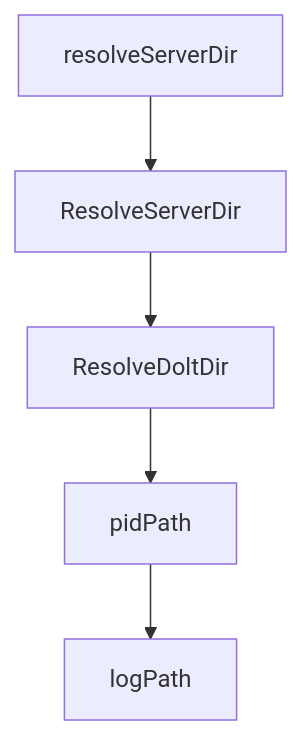
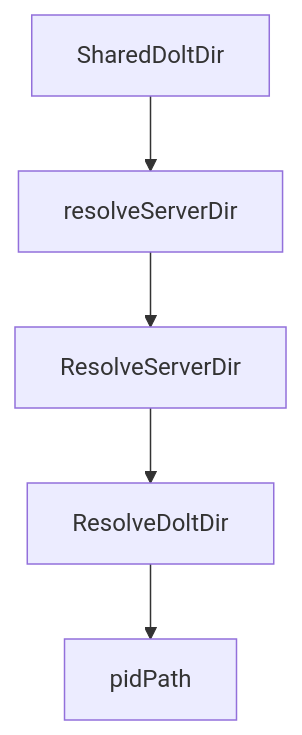
Before and after one commit to johnxie/awesome-code-docs: the diagram in tutorials/beads-tutorial/06-multi-branch-collaboration-and-protected-flows.md, drawn with Mermaid. The commit also changed other lines of this file and 1232 other files, not shown here.

````diff
--- a/tutorials/beads-tutorial/06-multi-branch-collaboration-and-protected-flows.md
+++ b/tutorials/beads-tutorial/06-multi-branch-collaboration-and-protected-flows.md
@@ -211,12 +209,12 @@
 ```mermaid
 flowchart TD
-    A[resolveServerDir]
-    B[ResolveServerDir]
-    C[ResolveDoltDir]
-    D[pidPath]
-    E[logPath]
+    A[SharedDoltDir]
+    B[resolveServerDir]
+    C[ResolveServerDir]
+    D[ResolveDoltDir]
+    E[pidPath]
     A --> B
     B --> C
     C --> D
     D --> E
 ```
````
